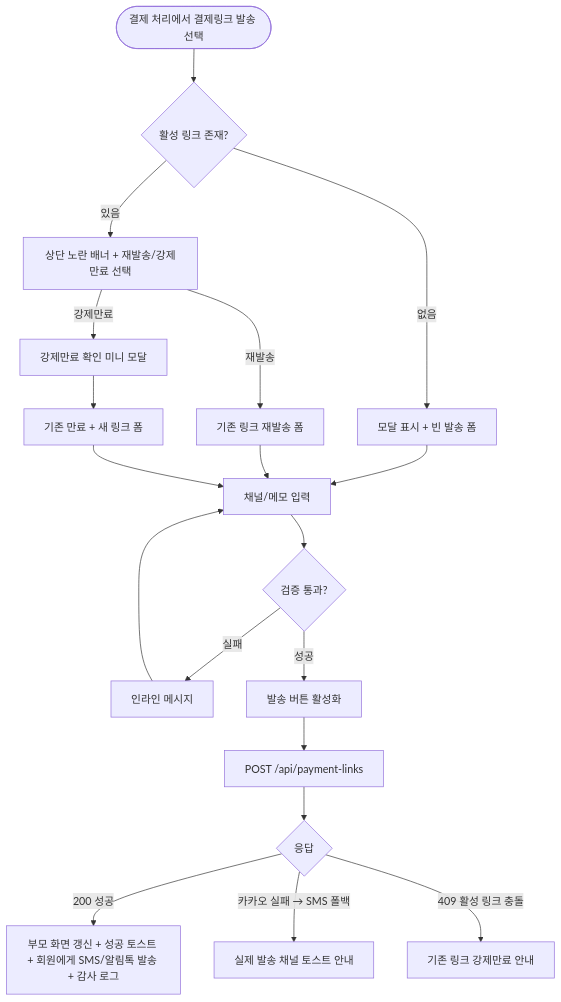
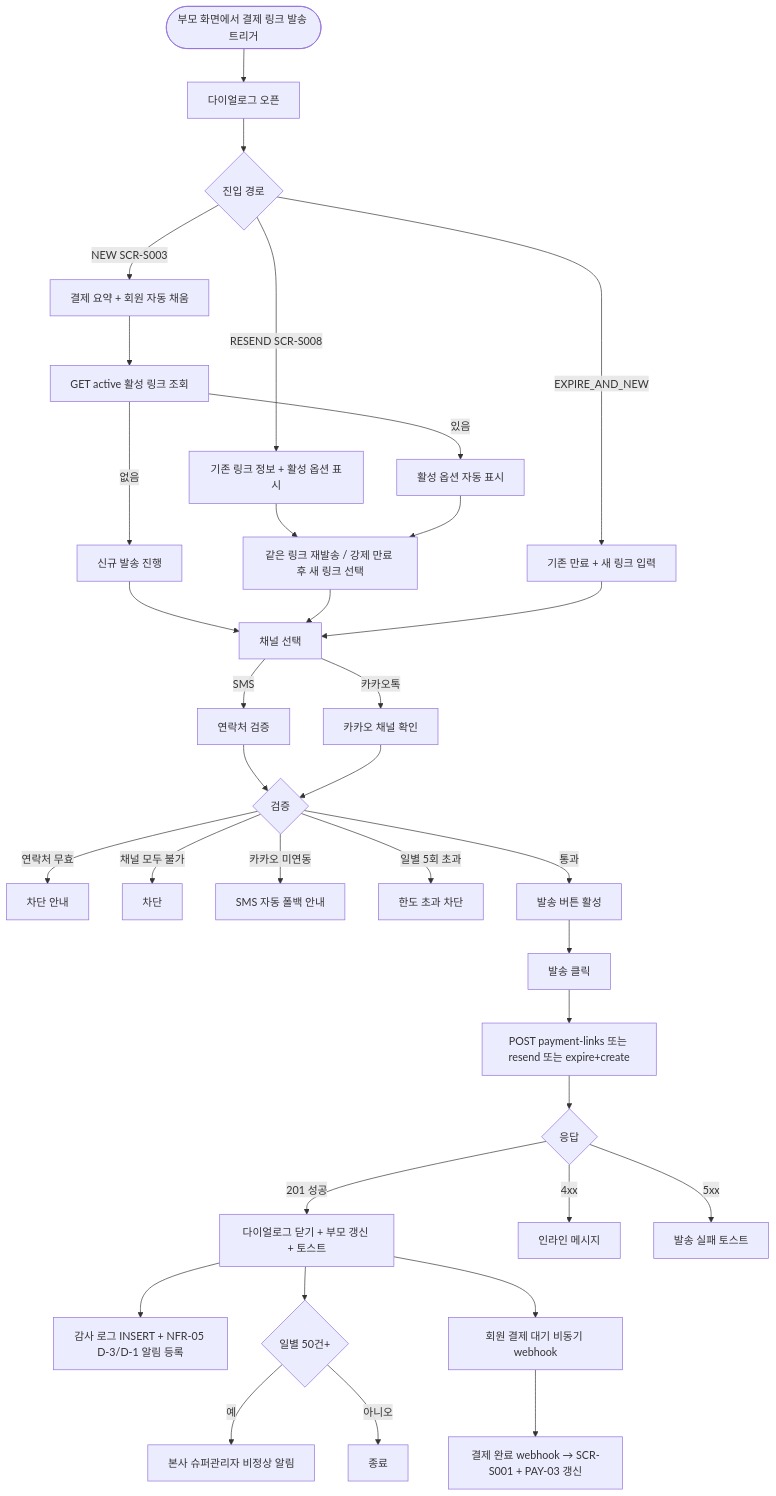
The first of 2 diagrams in docs-domain/D03 매출관리/DLG-S016 결제링크발송 다이얼로그/README.md (dev-spogym/admin-pando), drawn with Mermaid before and after one commit. The commit also changed other lines of this file and 54 other files, not shown here.

````diff
--- a/docs-domain/D03 매출관리/DLG-S016 결제링크발송 다이얼로그/README.md
+++ b/docs-domain/D03 매출관리/DLG-S016 결제링크발송 다이얼로그/README.md
@@ -61,21 +211,37 @@
 ```mermaid
 flowchart TD
-    A([결제 처리에서 결제링크 발송 선택]) --> B{활성 링크 존재?}
-    B -->|없음| C[모달 표시 + 빈 발송 폼]
-    B -->|있음| D[상단 노란 배너 + 재발송/강제만료 선택]
-    D -->|재발송| E[기존 링크 재발송 폼]
-    D -->|강제만료| F[강제만료 확인 미니 모달]
-    F --> G[기존 만료 + 새 링크 폼]
-    C --> H[채널/메모 입력]
-    E --> H
-    G --> H
-    H --> I{검증 통과?}
-    I -->|실패| J[인라인 메시지]
-    J --> H
-    I -->|성공| K[발송 버튼 활성화]
-    K --> L[POST /api/payment-links]
-    L --> M{응답}
-    M -->|200 성공| N[부모 화면 갱신 + 성공 토스트 + 회원에게 SMS/알림톡 발송 + 감사 로그]
-    M -->|카카오 실패 → SMS 폴백| O[실제 발송 채널 토스트 안내]
-    M -->|409 활성 링크 충돌| P[기존 링크 강제만료 안내]
+    A([부모 화면에서 결제 링크 발송 트리거]) --> B[다이얼로그 오픈]
+    B --> C{진입 경로}
+    C -->|NEW SCR-S003| D[결제 요약 + 회원 자동 채움]
+    C -->|RESEND SCR-S008| E[기존 링크 정보 + 활성 옵션 표시]
+    C -->|EXPIRE_AND_NEW| F[기존 만료 + 새 링크 입력]
+    D --> G[GET active 활성 링크 조회]
+    G -->|있음| H[활성 옵션 자동 표시]
+    G -->|없음| I[신규 발송 진행]
+    E --> J[같은 링크 재발송 / 강제 만료 후 새 링크 선택]
+    H --> J
+    I --> K[채널 선택]
+    J --> K
+    F --> K
+    K -->|SMS| L[연락처 검증]
+    K -->|카카오톡| M[카카오 채널 확인]
+    L --> N{검증}
+    M --> N
+    N -->|연락처 무효| O[차단 안내]
+    N -->|채널 모두 불가| P[차단]
+    N -->|카카오 미연동| Q[SMS 자동 폴백 안내]
+    N -->|일별 5회 초과| R["한도 초과" 차단]
+    N -->|통과| S[발송 버튼 활성]
+    S --> T[발송 클릭]
+    T --> U[POST payment-links 또는 resend 또는 expire+create]
+    U --> V{응답}
+    V -->|201 성공| W[다이얼로그 닫기 + 부모 갱신 + 토스트]
+    V -->|4xx| X[인라인 메시지]
+    V -->|5xx| Y["발송 실패" 토스트]
+    W --> Z[감사 로그 INSERT + NFR-05 D-3/D-1 알림 등록]
+    W --> AA{일별 50건+}
+    AA -->|예| AB[본사 슈퍼관리자 비정상 알림]
+    AA -->|아니오| AC[종료]
+    W --> AD[회원 결제 대기 비동기 webhook]
+    AD --> AE[결제 완료 webhook → SCR-S001 + PAY-03 갱신]
 ```
````
